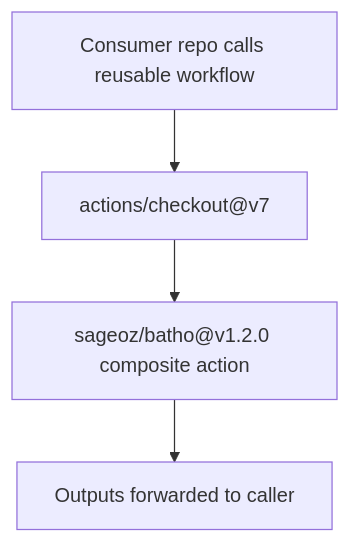
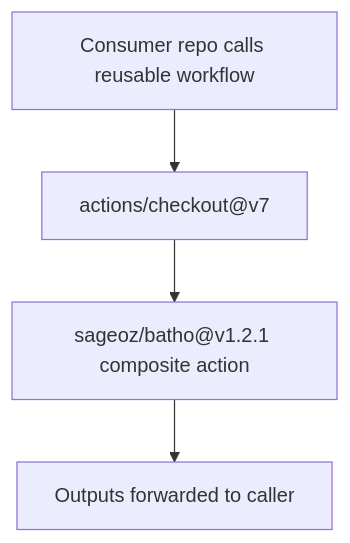
One commit to sageoz/Batho changed the diagram in docs-site/docs/cicd/reusable-workflow.md. Above: the diagram before and after it, drawn with Mermaid. The commit also changed other lines of this file and 37 other files, not shown here.

````diff
--- a/docs-site/docs/cicd/reusable-workflow.md
+++ b/docs-site/docs/cicd/reusable-workflow.md
@@ -7,6 +7,6 @@
 ```mermaid
 flowchart TD
     A["Consumer repo calls reusable workflow"] --> B["actions/checkout@v7"]
-    B --> C["sageoz/batho@v1.2.0 composite action"]
+    B --> C["sageoz/batho@v1.2.1 composite action"]
     C --> D["Outputs forwarded to caller"]
 ```
````
